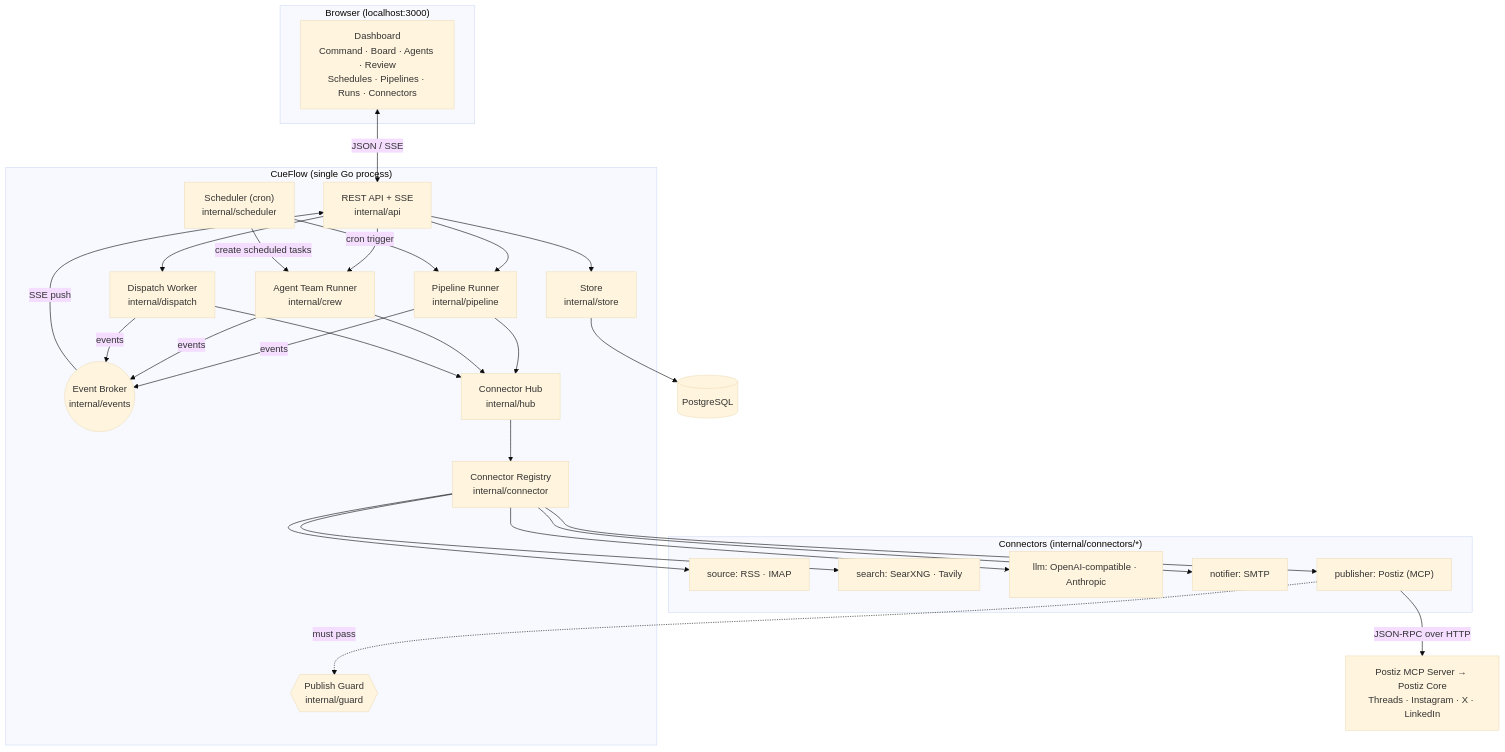
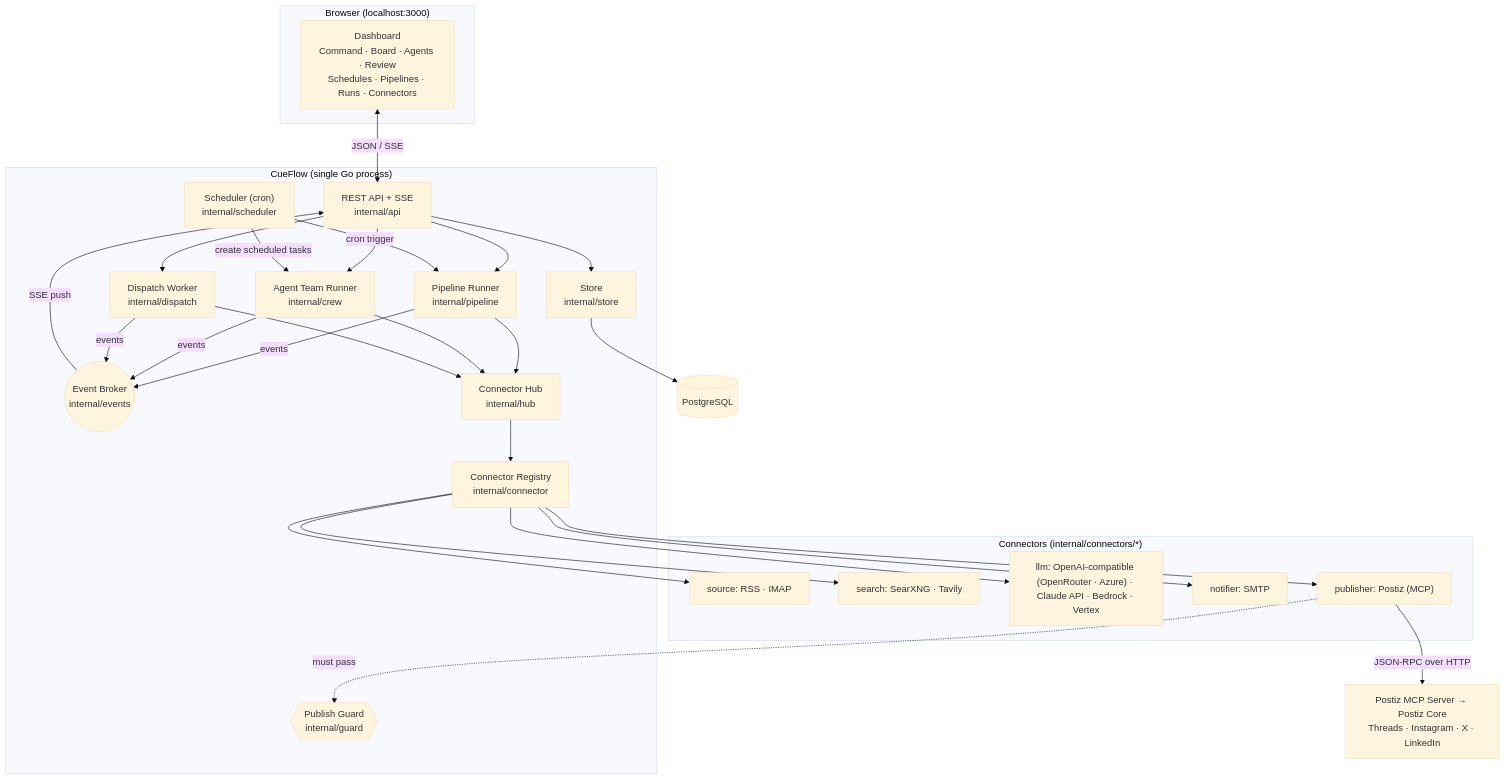
The first of 6 diagrams in docs/architecture.md (j75689/cueflow), drawn with Mermaid (base theme) before and after one commit. The commit also changed other lines of this file and 12 other files, not shown here.

First line of the commit message:
feat: more LLM auth options, Bedrock/Vertex, OpenRouter and Azure OpenAI

````diff
--- a/docs/architecture.md
+++ b/docs/architecture.md
@@ -22,49 +22,49 @@
 ```mermaid
 flowchart TB
     subgraph Browser["Browser (localhost:3000)"]
         UI["Dashboard<br/>Command · Board · Agents · Review<br/>Schedules · Pipelines · Runs · Connectors"]
     end
 
     subgraph Core["CueFlow (single Go process)"]
         API["REST API + SSE<br/>internal/api"]
         Broker(("Event Broker<br/>internal/events"))
         Sched["Scheduler (cron)<br/>internal/scheduler"]
         Pipe["Pipeline Runner<br/>internal/pipeline"]
         Crew["Agent Team Runner<br/>internal/crew"]
         Disp["Dispatch Worker<br/>internal/dispatch"]
         Hub["Connector Hub<br/>internal/hub"]
         Reg["Connector Registry<br/>internal/connector"]
         Guard{{"Publish Guard<br/>internal/guard"}}
         Store["Store<br/>internal/store"]
     end
 
     DB[("PostgreSQL")]
 
     subgraph Plugins["Connectors (internal/connectors/*)"]
         Src["source: RSS · IMAP"]
         Search["search: SearXNG · Tavily"]
-        LLM["llm: OpenAI-compatible · Anthropic"]
+        LLM["llm: OpenAI-compatible (OpenRouter · Azure) · Claude API · Bedrock · Vertex"]
         Notif["notifier: SMTP"]
         Pub["publisher: Postiz (MCP)"]
     end
 
     Postiz["Postiz MCP Server → Postiz Core<br/>Threads · Instagram · X · LinkedIn"]
 
     UI <-->|"JSON / SSE"| API
     API --> Store
     API --> Crew
     API --> Disp
     API --> Pipe
     Broker -->|"SSE push"| API
     Sched -->|"cron trigger"| Pipe
     Sched -->|"create scheduled tasks"| Crew
     Pipe --> Hub
     Crew --> Hub
     Disp --> Hub
     Hub --> Reg
     Reg --> Src & Search & LLM & Notif & Pub
     Pub -.->|"must pass"| Guard
     Pub -->|"JSON-RPC over HTTP"| Postiz
     Store --> DB
     Pipe & Crew & Disp -->|"events"| Broker
 ```
````
